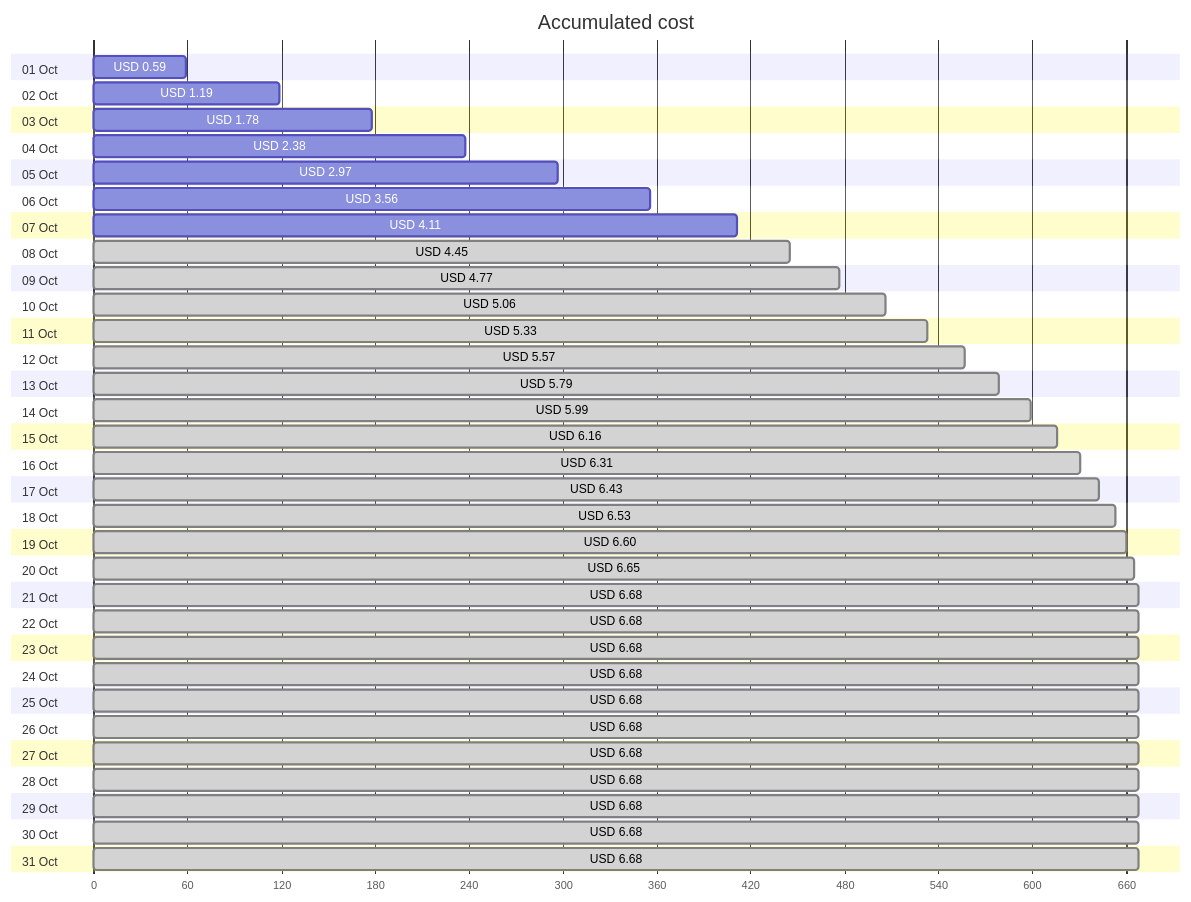
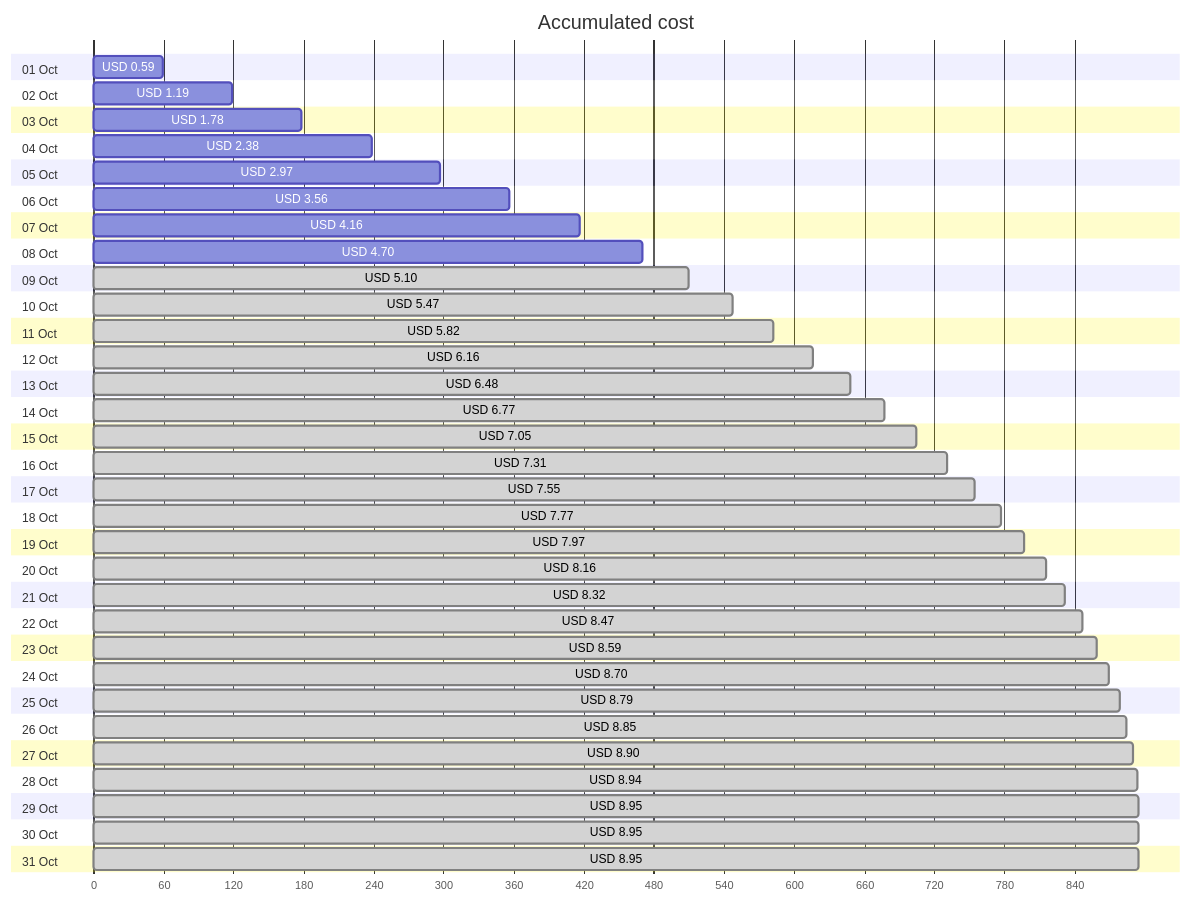
The first of 4 diagrams in cost-reports/personal-site/README.md (jpfulton/azure-personal-reports), drawn with Mermaid before and after one commit. The commit also changed other lines of this file and 7 other files, not shown here.

````diff
--- a/cost-reports/personal-site/README.md
+++ b/cost-reports/personal-site/README.md
@@ -20,68 +20,68 @@
 ```mermaid
 gantt
    title Accumulated cost
    dateFormat  X
    axisFormat %s
    section 01 Oct
    USD 0.59 :0, 59
    section 02 Oct
    USD 1.19 :0, 119
    section 03 Oct
    USD 1.78 :0, 178
    section 04 Oct
    USD 2.38 :0, 238
    section 05 Oct
    USD 2.97 :0, 297
    section 06 Oct
    USD 3.56 :0, 356
    section 07 Oct
-   USD 4.11 :0, 411
+   USD 4.16 :0, 416
    section 08 Oct
-   USD 4.45 : done, 0, 445
+   USD 4.70 :0, 470
    section 09 Oct
-   USD 4.77 : done, 0, 477
+   USD 5.10 : done, 0, 510
    section 10 Oct
-   USD 5.06 : done, 0, 506
+   USD 5.47 : done, 0, 547
    section 11 Oct
-   USD 5.33 : done, 0, 533
+   USD 5.82 : done, 0, 582
    section 12 Oct
-   USD 5.57 : done, 0, 557
+   USD 6.16 : done, 0, 616
    section 13 Oct
-   USD 5.79 : done, 0, 579
+   USD 6.48 : done, 0, 648
    section 14 Oct
-   USD 5.99 : done, 0, 599
+   USD 6.77 : done, 0, 677
    section 15 Oct
-   USD 6.16 : done, 0, 616
+   USD 7.05 : done, 0, 705
    section 16 Oct
-   USD 6.31 : done, 0, 631
+   USD 7.31 : done, 0, 731
    section 17 Oct
-   USD 6.43 : done, 0, 643
+   USD 7.55 : done, 0, 755
    section 18 Oct
-   USD 6.53 : done, 0, 653
+   USD 7.77 : done, 0, 777
    section 19 Oct
-   USD 6.60 : done, 0, 660
+   USD 7.97 : done, 0, 797
    section 20 Oct
-   USD 6.65 : done, 0, 665
+   USD 8.16 : done, 0, 816
    section 21 Oct
-   USD 6.68 : done, 0, 668
+   USD 8.32 : done, 0, 832
    section 22 Oct
-   USD 6.68 : done, 0, 668
+   USD 8.47 : done, 0, 847
    section 23 Oct
-   USD 6.68 : done, 0, 668
+   USD 8.59 : done, 0, 859
    section 24 Oct
-   USD 6.68 : done, 0, 668
+   USD 8.70 : done, 0, 870
    section 25 Oct
-   USD 6.68 : done, 0, 668
+   USD 8.79 : done, 0, 879
    section 26 Oct
-   USD 6.68 : done, 0, 668
+   USD 8.85 : done, 0, 885
    section 27 Oct
-   USD 6.68 : done, 0, 668
+   USD 8.90 : done, 0, 890
    section 28 Oct
-   USD 6.68 : done, 0, 668
+   USD 8.94 : done, 0, 894
    section 29 Oct
-   USD 6.68 : done, 0, 668
+   USD 8.95 : done, 0, 895
    section 30 Oct
-   USD 6.68 : done, 0, 668
+   USD 8.95 : done, 0, 895
    section 31 Oct
-   USD 6.68 : done, 0, 668
+   USD 8.95 : done, 0, 895
 ```
````
